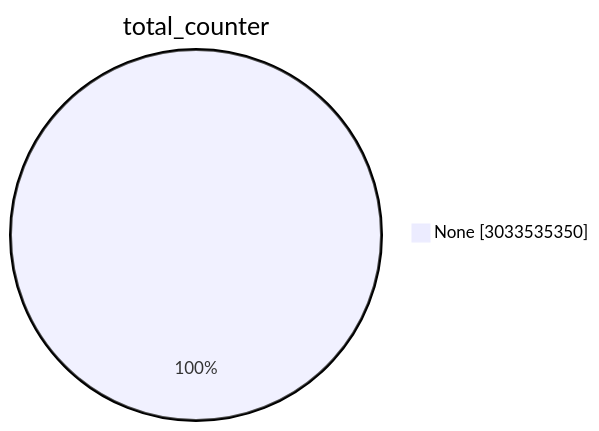
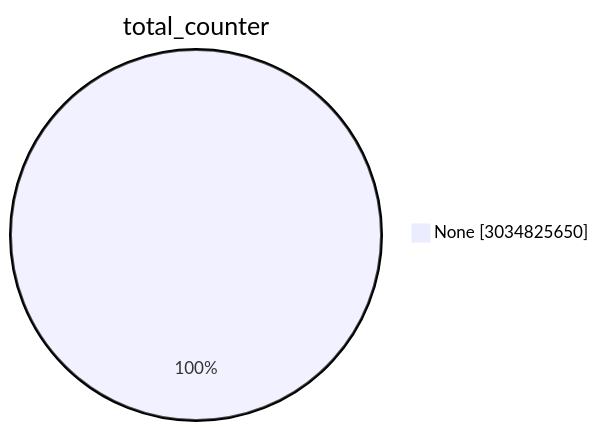
One commit to christiankrug/ctmonitor_visualization changed the first of 15 diagrams in TOTAL/README.md. Above: the diagram before and after it, drawn with Mermaid. The commit also changed other lines of this file, not shown here.

````diff
--- a/TOTAL/README.md
+++ b/TOTAL/README.md
@@ -1,5 +1,5 @@
 ```mermaid
 pie showData
 title total_counter
-"None" :3033535350
+"None" :3034825650
 ```
````
